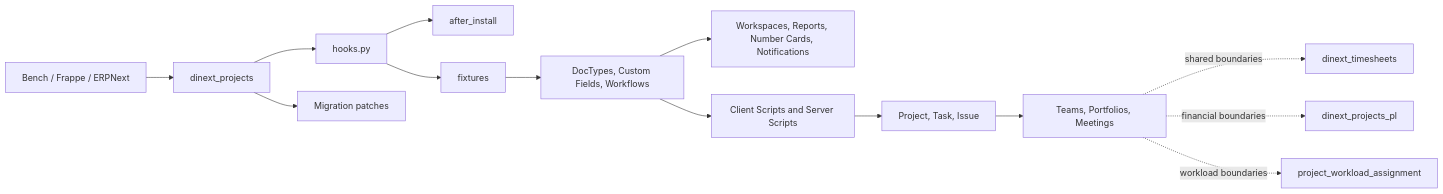
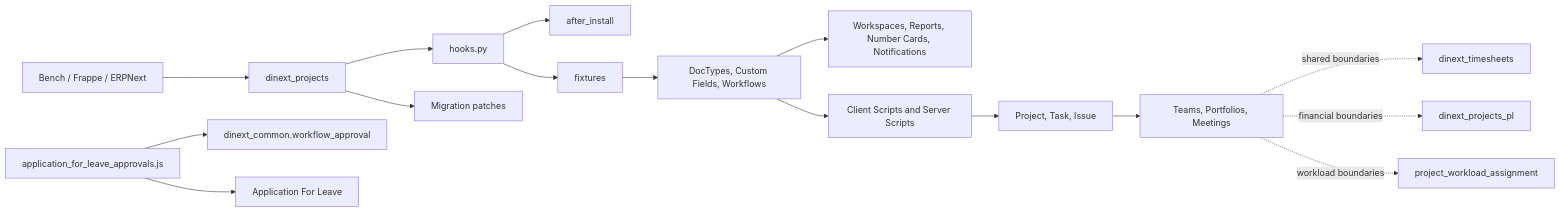
The diagram in README.md (Dinext-pro/dinext-projects), drawn with Mermaid before and after one commit. The commit also changed other lines of this file and 18 other files, not shown here.

First line of the commit message:
feat(workflow): move AFL approvals onto the common engine

````diff
--- a/README.md
+++ b/README.md
@@ -306,16 +322,18 @@
 ```mermaid
 flowchart LR
   Bench[Bench / Frappe / ERPNext] --> App[dinext_projects]
   App --> Hooks[hooks.py]
   Hooks --> Install[after_install]
   Hooks --> Fixtures[fixtures]
   Fixtures --> Metadata[DocTypes, Custom Fields, Workflows]
   Metadata --> Desk[Workspaces, Reports, Number Cards, Notifications]
   Metadata --> Automation[Client Scripts and Server Scripts]
   Automation --> Core[Project, Task, Issue]
   Core --> PM[Teams, Portfolios, Meetings]
   App --> Patches[Migration patches]
   PM -. shared boundaries .-> Timesheets[dinext_timesheets]
   PM -. financial boundaries .-> Finance[dinext_projects_pl]
   PM -. workload boundaries .-> Workload[project_workload_assignment]
+  AFLJs[application_for_leave_approvals.js] --> CommonEngine[dinext_common.workflow_approval]
+  AFLJs --> AFLDoc[Application For Leave]
 ```
````
